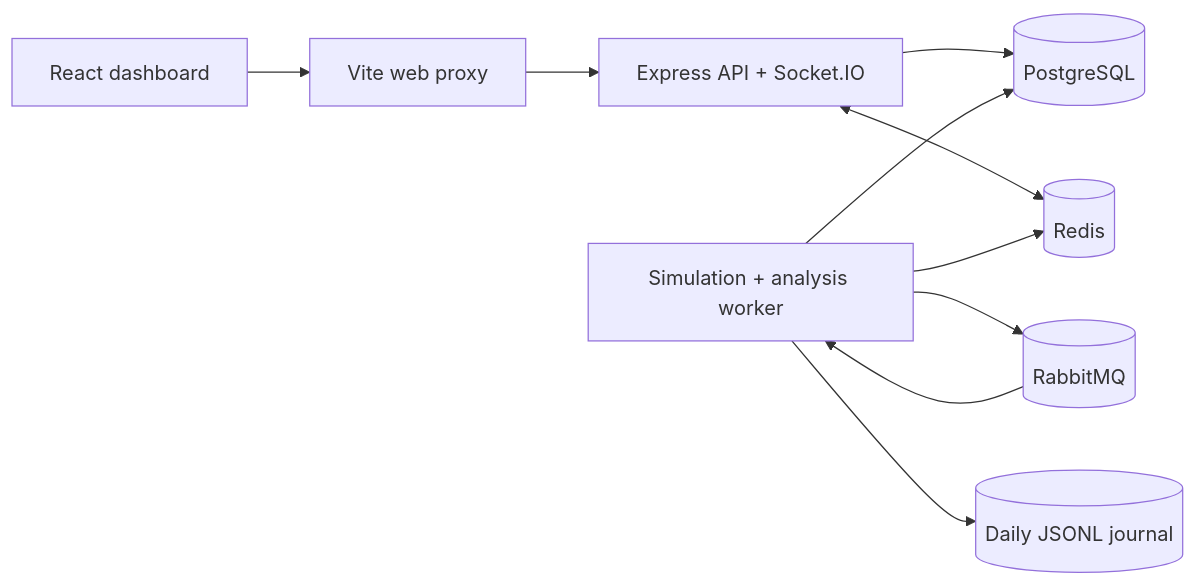
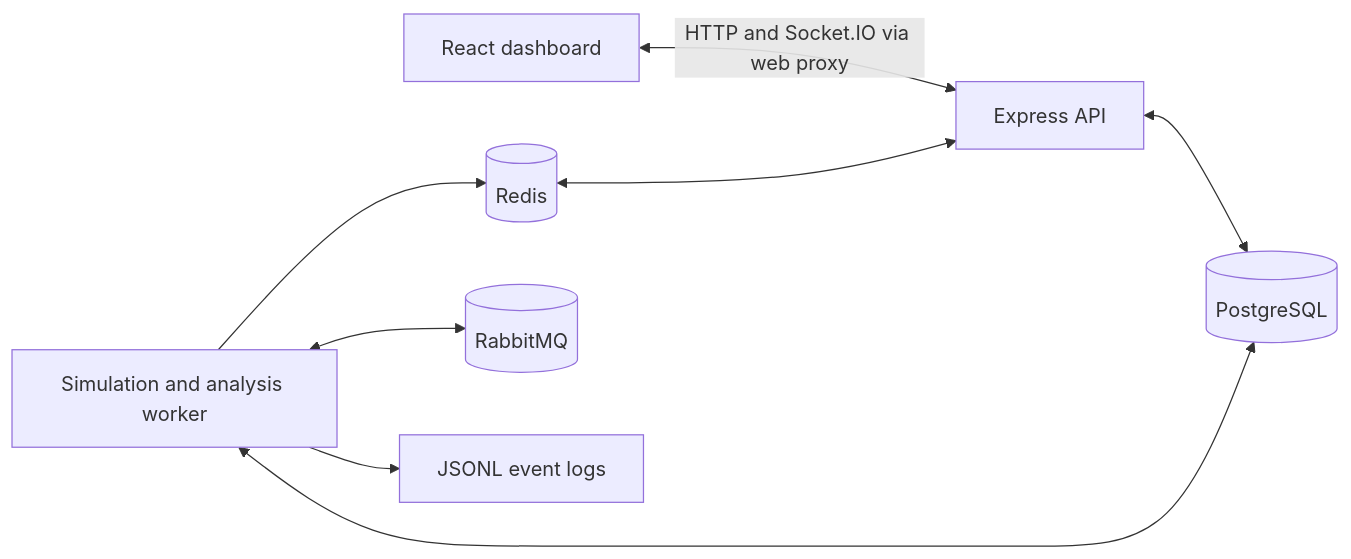
The diagram in README.md (sumaidbinomar/AERQYN), drawn with Mermaid before and after one commit. The commit also changed other lines of this file, not shown here.

````diff
--- a/README.md
+++ b/README.md
@@ -70,12 +132,10 @@
 ```mermaid
 flowchart LR
-    Browser[React dashboard] --> Web[Vite web proxy]
-    Web --> API[Express API + Socket.IO]
-    API --> DB[(PostgreSQL)]
-    API <--> Redis[(Redis)]
-    Worker[Simulation + analysis worker] --> DB
-    Worker --> Redis
-    Worker --> Queue[(RabbitMQ)]
-    Queue --> Worker
-    Worker --> Journal[(Daily JSONL journal)]
+    UI[React dashboard] <-->|HTTP and Socket.IO via web proxy| API[Express API]
+    API <--> DB[(PostgreSQL)]
+    Worker[Simulation and analysis worker] <--> DB
+    Worker --> Redis[(Redis)]
+    Redis <--> API
+    Worker <--> Queue[(RabbitMQ)]
+    Worker --> Logs[JSONL event logs]
 ```
````
